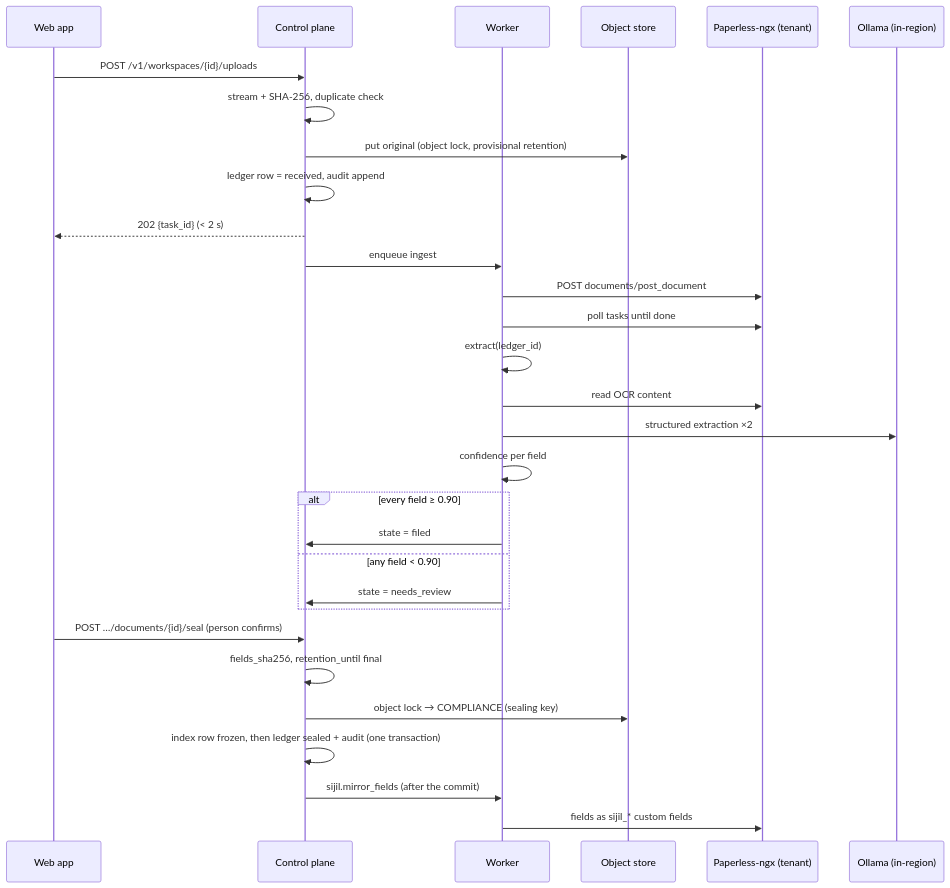
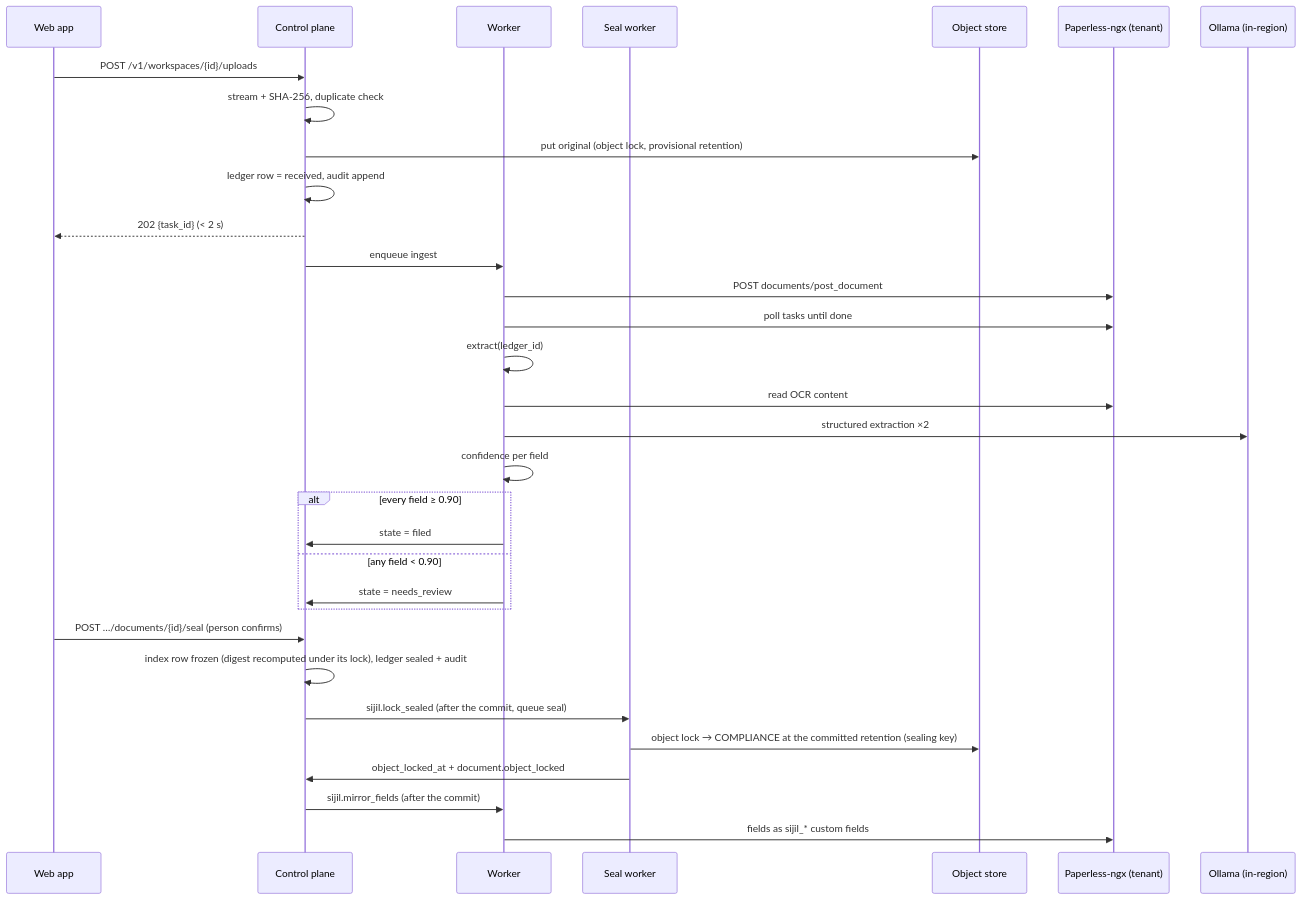
The second of 2 diagrams in docs/architecture.md (MouadBH/sijil), drawn with Mermaid before and after one commit. The commit also changed other lines of this file and 32 other files, not shown here.

First line of the commit message:
feat(worker): seal worker applies the compliance lock after the ledger seal

````diff
--- a/docs/architecture.md
+++ b/docs/architecture.md
@@ -78,33 +79,35 @@
 ```mermaid
 sequenceDiagram
   participant U as Web app
   participant CP as Control plane
   participant W as Worker
+  participant SW as Seal worker
   participant OS as Object store
   participant P as Paperless-ngx (tenant)
   participant AI as Ollama (in-region)
 
   U->>CP: POST /v1/workspaces/{id}/uploads
   CP->>CP: stream + SHA-256, duplicate check
   CP->>OS: put original (object lock, provisional retention)
   CP->>CP: ledger row = received, audit append
   CP-->>U: 202 {task_id} (< 2 s)
   CP->>W: enqueue ingest
   W->>P: POST documents/post_document
   W->>P: poll tasks until done
   W->>W: extract(ledger_id)
   W->>P: read OCR content
   W->>AI: structured extraction ×2
   W->>W: confidence per field
   alt every field ≥ 0.90
     W->>CP: state = filed
   else any field < 0.90
     W->>CP: state = needs_review
   end
   U->>CP: POST …/documents/{id}/seal (person confirms)
-  CP->>CP: fields_sha256, retention_until final
-  CP->>OS: object lock → COMPLIANCE (sealing key)
-  CP->>CP: index row frozen, then ledger sealed + audit (one transaction)
+  CP->>CP: index row frozen (digest recomputed under its lock), ledger sealed + audit
+  CP->>SW: sijil.lock_sealed (after the commit, queue seal)
+  SW->>OS: object lock → COMPLIANCE at the committed retention (sealing key)
+  SW->>CP: object_locked_at + document.object_locked
   CP->>W: sijil.mirror_fields (after the commit)
   W->>P: fields as sijil_* custom fields
 ```
````
